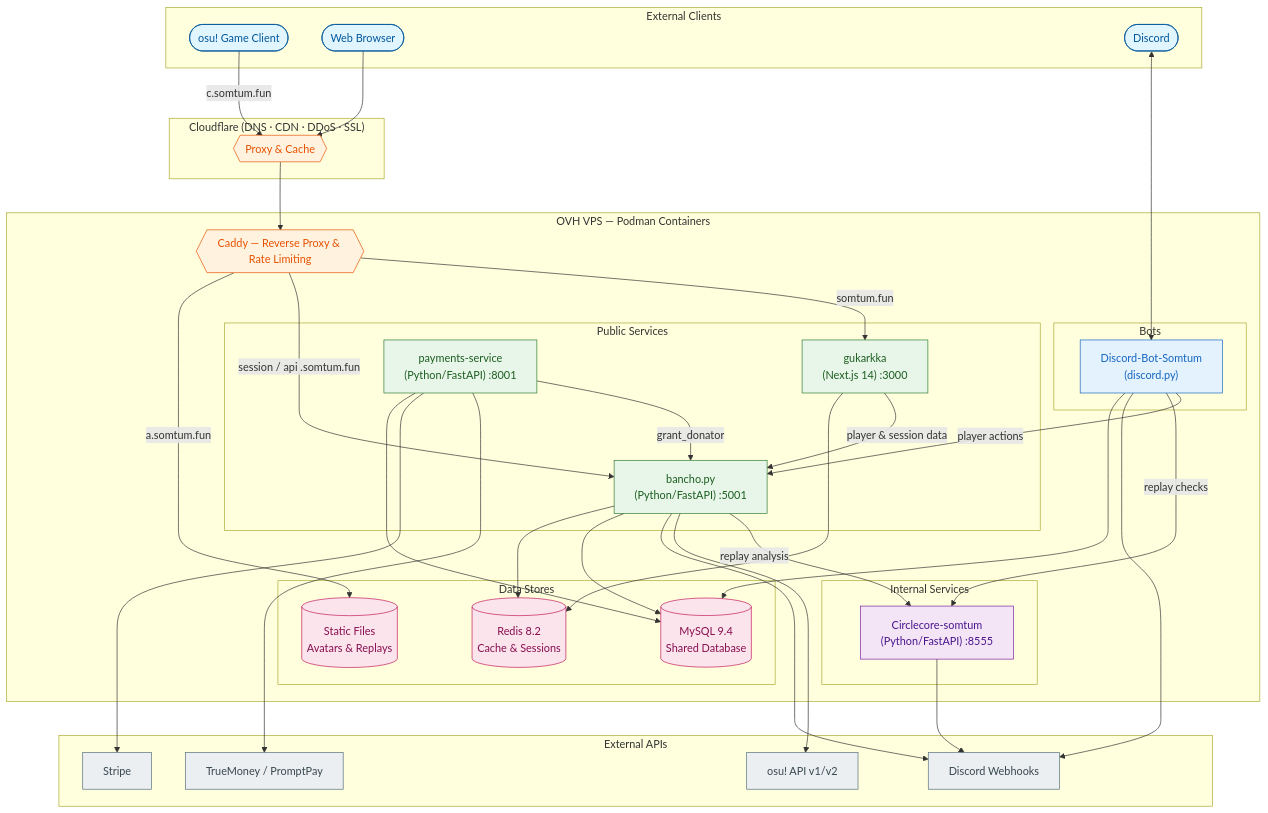
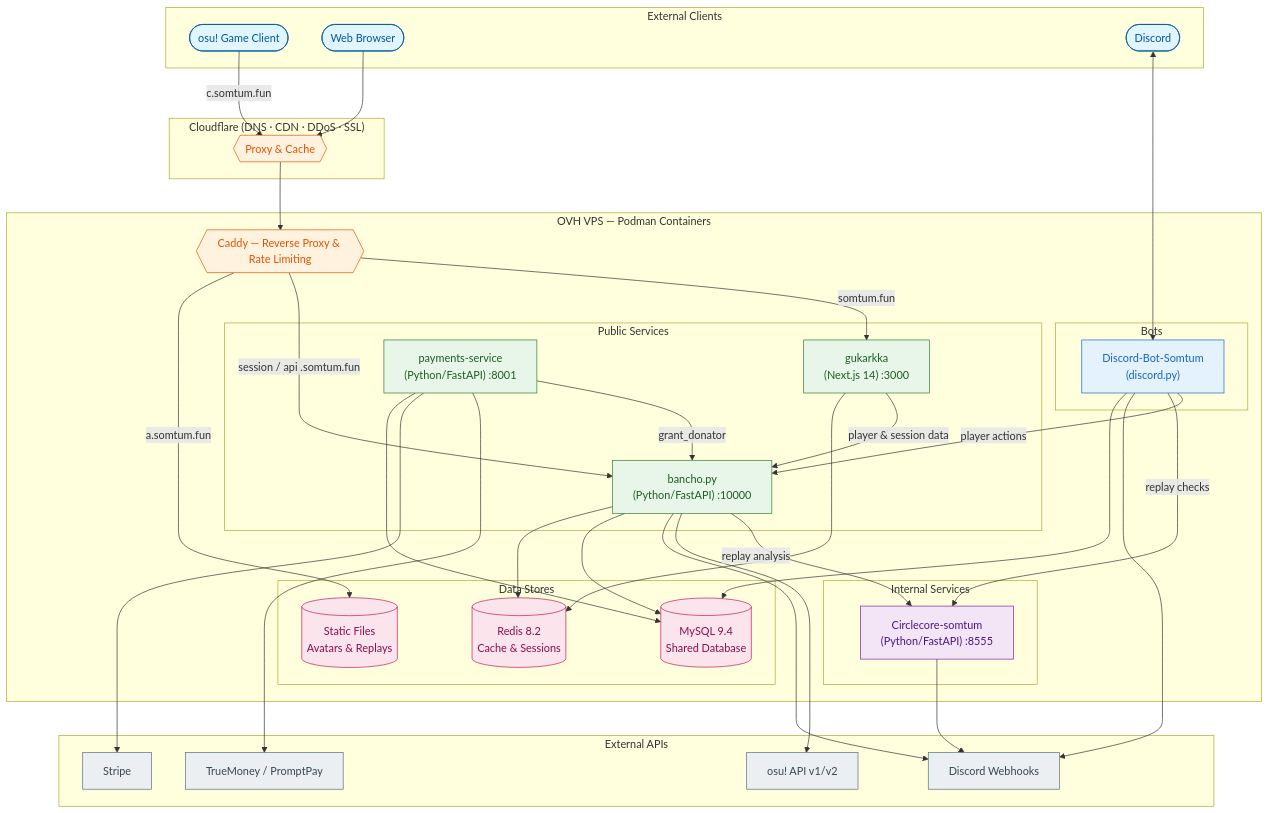
One commit to osu-somtum/.github changed the diagram in profile/README.md. Above: the diagram before and after it, drawn with Mermaid. The commit also changed other lines of this file, not shown here.

Commit message:
Fix bancho.py port to 10000, add payment.somtum.fun, note in-game beatmap uploads

```diff
--- a/profile/README.md
+++ b/profile/README.md
@@ -26,7 +26,7 @@
         ng{{"Caddy — Reverse Proxy & Rate Limiting"}}
 
         subgraph Public["Public Services"]
-            bancho["bancho.py<br/>(Python/FastAPI) :5001"]
+            bancho["bancho.py<br/>(Python/FastAPI) :10000"]
             gukarkka["gukarkka<br/>(Next.js 14) :3000"]
             payments["payments-service<br/>(Python/FastAPI) :8001"]
         end
```
